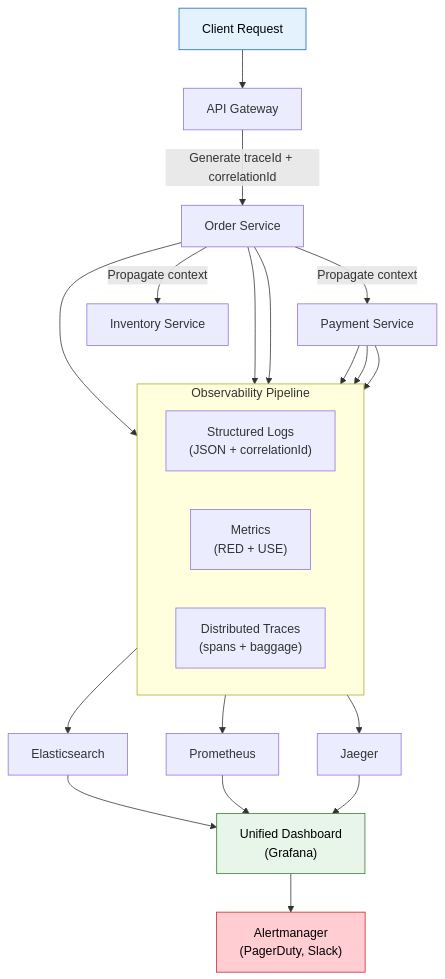
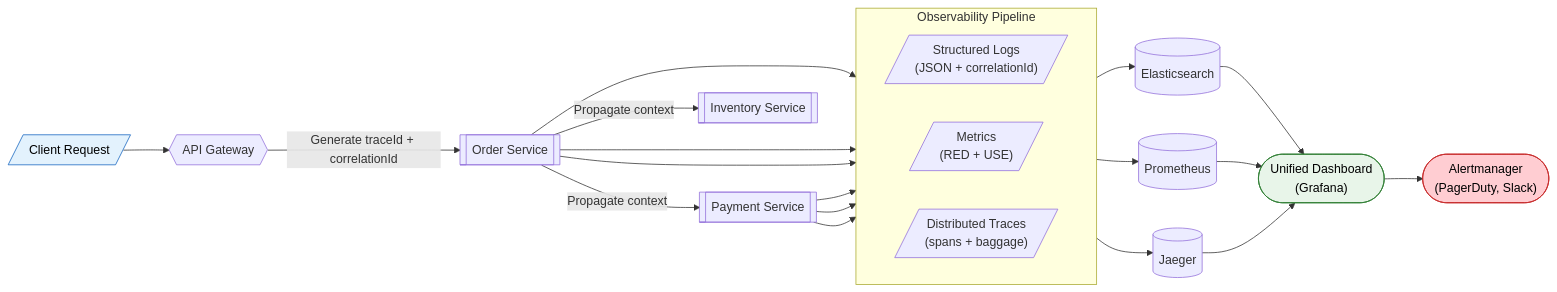
Before and after one commit to saivamsikaruturi/vamsilabs-dev-notes-main: the seventh of 7 diagrams in docs/microservices/logging-monitoring.md, drawn with Mermaid. The commit also changed other lines of this file and 146 other files, not shown here.

Commit message:
Horizontal diagrams, UML class diagrams, typography overhaul, and permalink cleanup

````diff
--- a/docs/microservices/logging-monitoring.md
+++ b/docs/microservices/logging-monitoring.md
@@ -844,36 +844,36 @@
 ```mermaid
-flowchart TD
-    REQ["Client Request"] --> GW["API Gateway"]
-    GW -->|"Generate traceId + correlationId"| OS["Order Service"]
+flowchart LR
+    REQ[/"Client Request"/] --> GW{{"API Gateway"}}
+    GW -->|"Generate traceId + correlationId"| OS[["Order Service"]]
     
-    OS -->|"Propagate context"| PS["Payment Service"]
-    OS -->|"Propagate context"| IS["Inventory Service"]
+    OS -->|"Propagate context"| PS[["Payment Service"]]
+    OS -->|"Propagate context"| IS[["Inventory Service"]]
     
     subgraph Observability["Observability Pipeline"]
         direction LR
-        LOGS["Structured Logs<br/>(JSON + correlationId)"]
-        METRICS["Metrics<br/>(RED + USE)"]
-        TRACES["Distributed Traces<br/>(spans + baggage)"]
+        LOGS[/"Structured Logs<br/>(JSON + correlationId)"/]
+        METRICS[/"Metrics<br/>(RED + USE)"/]
+        TRACES[/"Distributed Traces<br/>(spans + baggage)"/]
     end
     
     OS --> LOGS
     OS --> METRICS
     OS --> TRACES
     PS --> LOGS
     PS --> METRICS
     PS --> TRACES
     
-    LOGS --> ES2["Elasticsearch"]
-    METRICS --> PROM["Prometheus"]
-    TRACES --> JAEGER["Jaeger"]
+    LOGS --> ES2[("Elasticsearch")]
+    METRICS --> PROM[("Prometheus")]
+    TRACES --> JAEGER[("Jaeger")]
     
-    ES2 --> DASH["Unified Dashboard<br/>(Grafana)"]
+    ES2 --> DASH(["Unified Dashboard<br/>(Grafana)"])
     PROM --> DASH
     JAEGER --> DASH
     
-    DASH --> ALERT["Alertmanager<br/>(PagerDuty, Slack)"]
+    DASH --> ALERT(["Alertmanager<br/>(PagerDuty, Slack)"])
 
     style REQ fill:#E3F2FD,stroke:#1565C0,color:#000
     style DASH fill:#E8F5E9,stroke:#2E7D32,color:#000
     style ALERT fill:#FFCDD2,stroke:#C62828,color:#000
 ```
````
